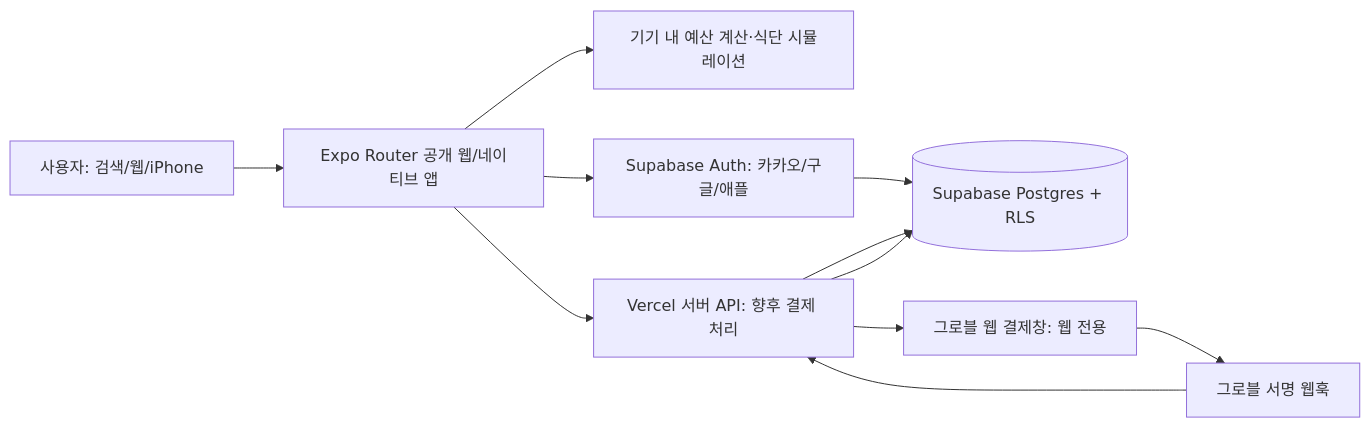
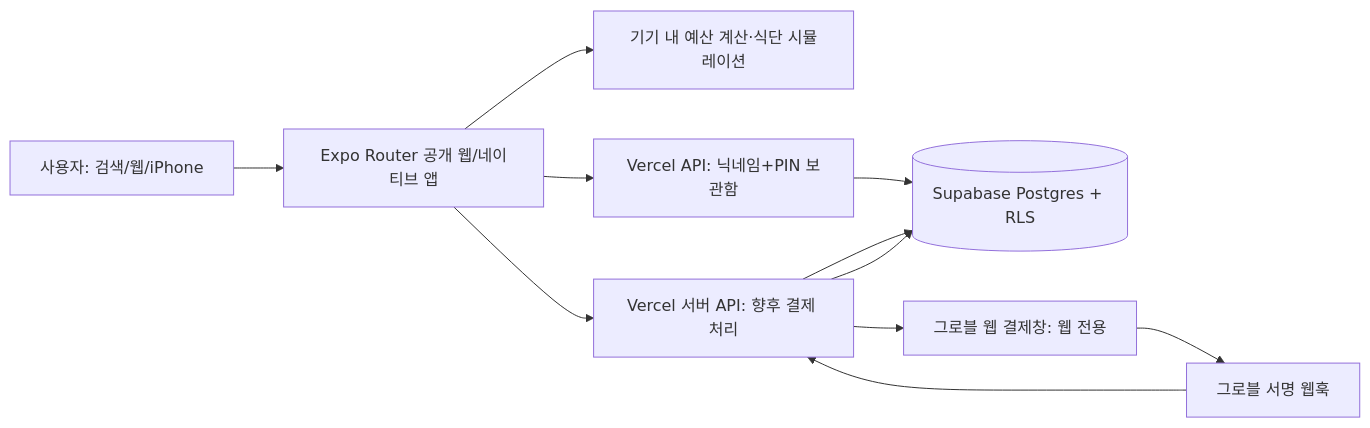
Before and after one commit to 2516511seseo/Vibe-Coding: the third of 3 diagrams in PRD.md, drawn with Mermaid. The commit also changed other lines of this file and 9 other files, not shown here.

````diff
--- a/PRD.md
+++ b/PRD.md
@@ -328,13 +329,13 @@
 ```mermaid
 flowchart LR
     U[사용자: 검색/웹/iPhone] --> W[Expo Router 공개 웹/네이티브 앱]
     W --> C[기기 내 예산 계산·식단 시뮬레이션]
-    W --> A[Supabase Auth: 카카오/구글/애플]
+    W --> A[Vercel API: 닉네임+PIN 보관함]
     A --> DB[(Supabase Postgres + RLS)]
     W --> API[Vercel 서버 API: 향후 결제 처리]
     API --> DB
     API --> G[그로블 웹 결제창: 웹 전용]
     G --> WH[그로블 서명 웹훅]
     WH --> API
     API --> DB
 ```
````
